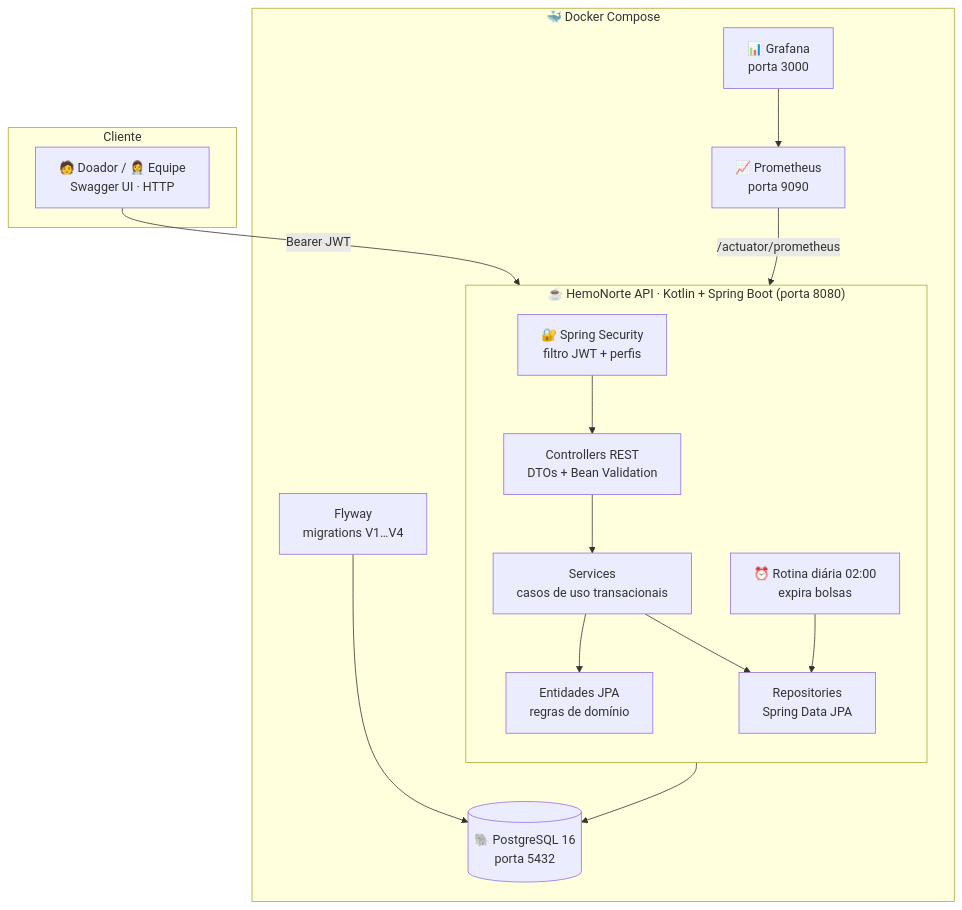
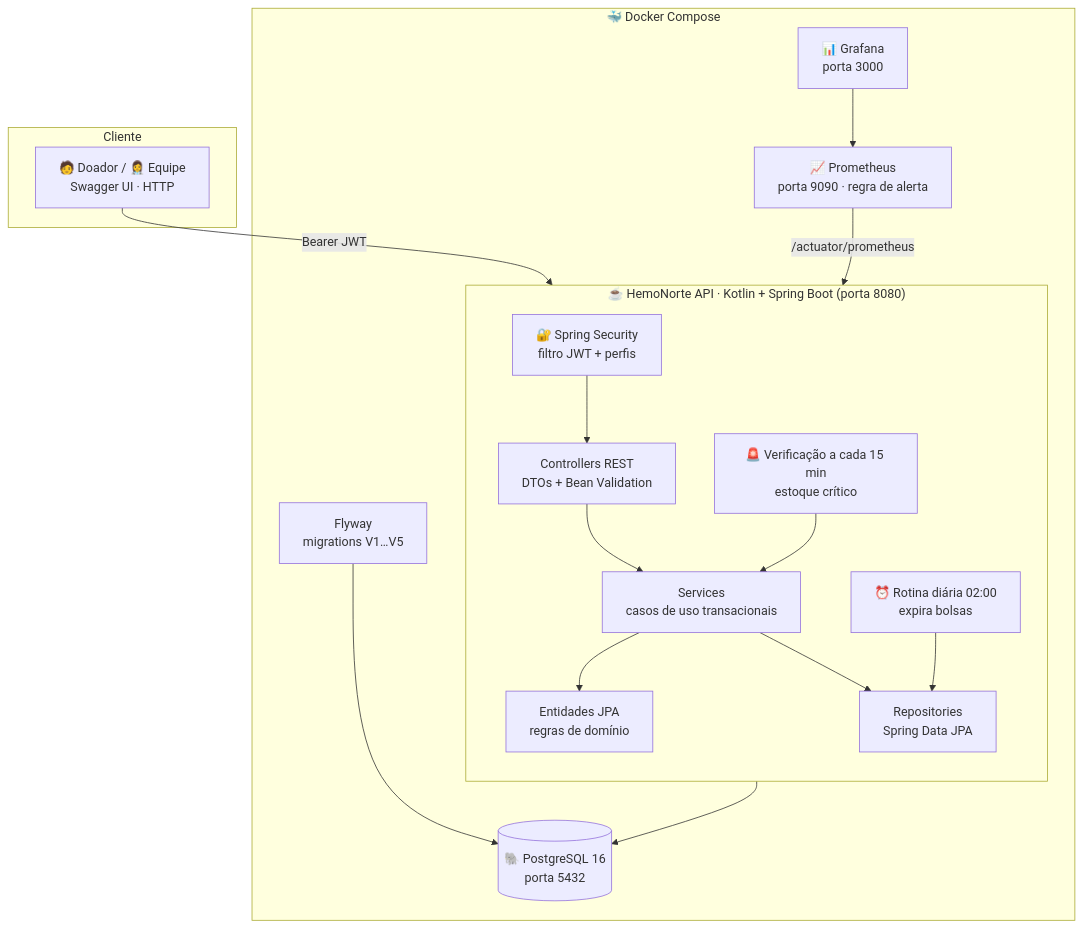
The fourth of 4 diagrams in README.md (marcelopinotti/hemonorte), drawn with Mermaid before and after one commit. The commit also changed other lines of this file and 1 other file, not shown here.

````diff
--- a/README.md
+++ b/README.md
@@ -118,31 +179,33 @@
 ```mermaid
 flowchart TB
     subgraph CL["Cliente"]
         U[🧑 Doador / 👩‍⚕️ Equipe<br/>Swagger UI · HTTP]
     end
 
     subgraph DC["🐳 Docker Compose"]
         subgraph API["☕ HemoNorte API · Kotlin + Spring Boot (porta 8080)"]
             direction TB
             SEC[🔐 Spring Security<br/>filtro JWT + perfis]
             CTRL[Controllers REST<br/>DTOs + Bean Validation]
             SRV[Services<br/>casos de uso transacionais]
             DOM[Entidades JPA<br/>regras de domínio]
             REPO[Repositories<br/>Spring Data JPA]
             CRON[⏰ Rotina diária 02:00<br/>expira bolsas]
+            ALR[🚨 Verificação a cada 15 min<br/>estoque crítico]
             SEC --> CTRL --> SRV --> DOM
             SRV --> REPO
             CRON --> REPO
+            ALR --> SRV
         end
         DB[(🐘 PostgreSQL 16<br/>porta 5432)]
-        FW[Flyway<br/>migrations V1…V4]
-        PROM[📈 Prometheus<br/>porta 9090]
+        FW[Flyway<br/>migrations V1…V5]
+        PROM[📈 Prometheus<br/>porta 9090 · regra de alerta]
         GRAF[📊 Grafana<br/>porta 3000]
     end
 
     U -->|Bearer JWT| SEC
     REPO --> DB
     FW --> DB
     PROM -->|/actuator/prometheus| API
     GRAF --> PROM
 ```
````
